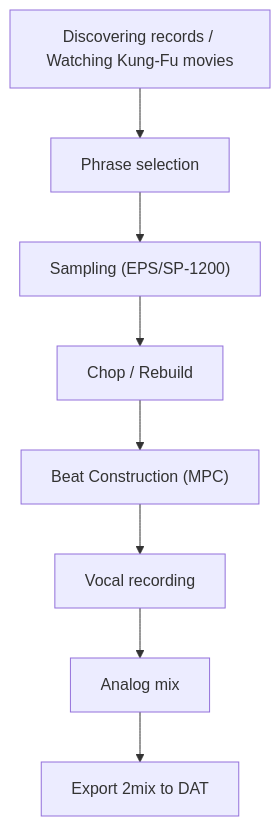
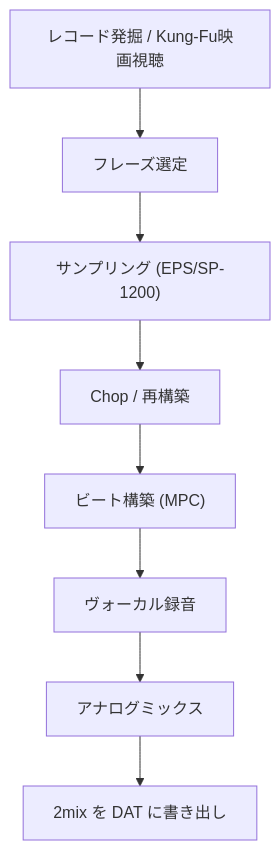
The second of 8 diagrams in en/_posts/2025-11-21-column-rza.md (monumental-movement/monumental-movement.github.io), drawn with Mermaid before and after one commit. The commit also changed other lines of this file and 2196 other files, not shown here.

```diff
--- a/en/_posts/2025-11-21-column-rza.md
+++ b/en/_posts/2025-11-21-column-rza.md
@@ -95,12 +94,12 @@
 <div class="mermaid">
 
 flowchart TD
-    A["Discovering records / Watching Kung-Fu movies"] --> B["Phrase selection"]
-    B --> C["Sampling (EPS/SP-1200)"]
-    C --> D["Chop / Rebuild"]
-    D --> E["Beat Construction (MPC)"]
-    E --> F["Vocal recording"]
-    F --> G["Analog mix"]
-    G --> H["Export 2mix to DAT"]
+    A["レコード発掘 / Kung-Fu映画視聴"] --> B["フレーズ選定"]
+    B --> C["サンプリング (EPS/SP-1200)"]
+    C --> D["Chop / 再構築"]
+    D --> E["ビート構築 (MPC)"]
+    E --> F["ヴォーカル録音"]
+    F --> G["アナログミックス"]
+    G --> H["2mix を DAT に書き出し"]
     
 </div>
```
